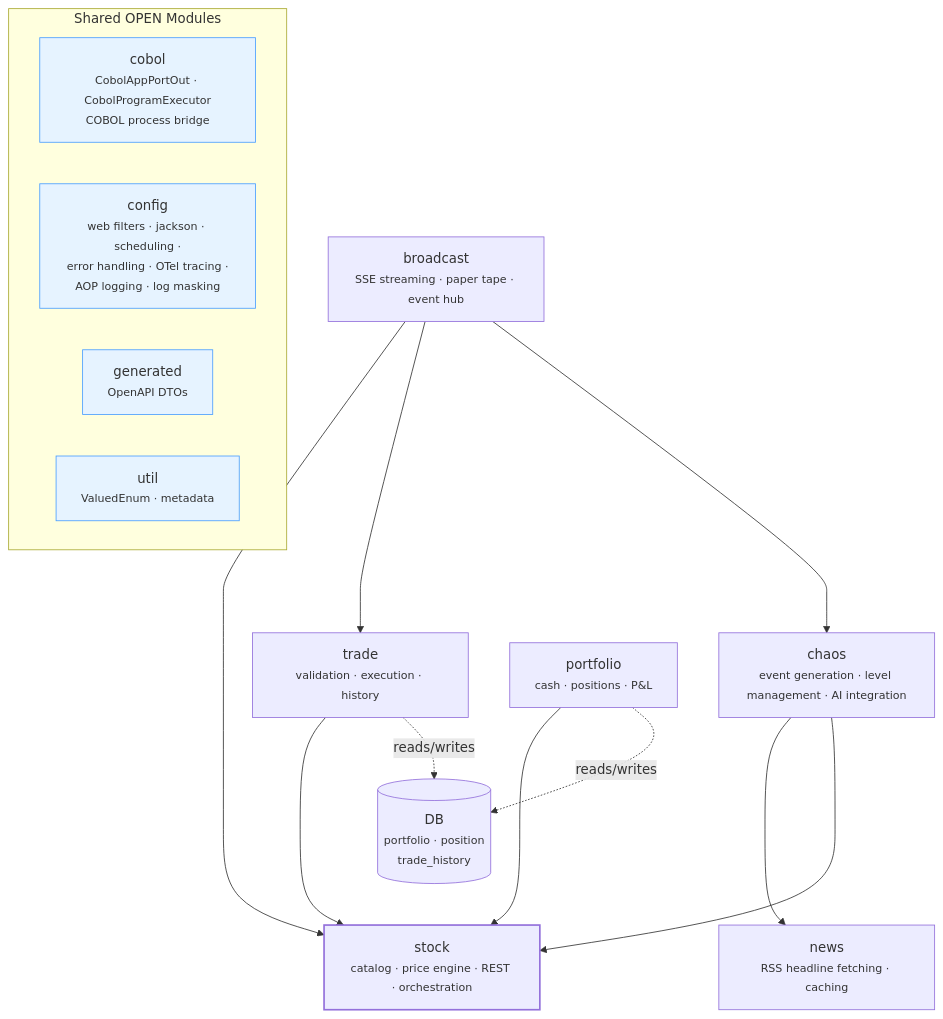
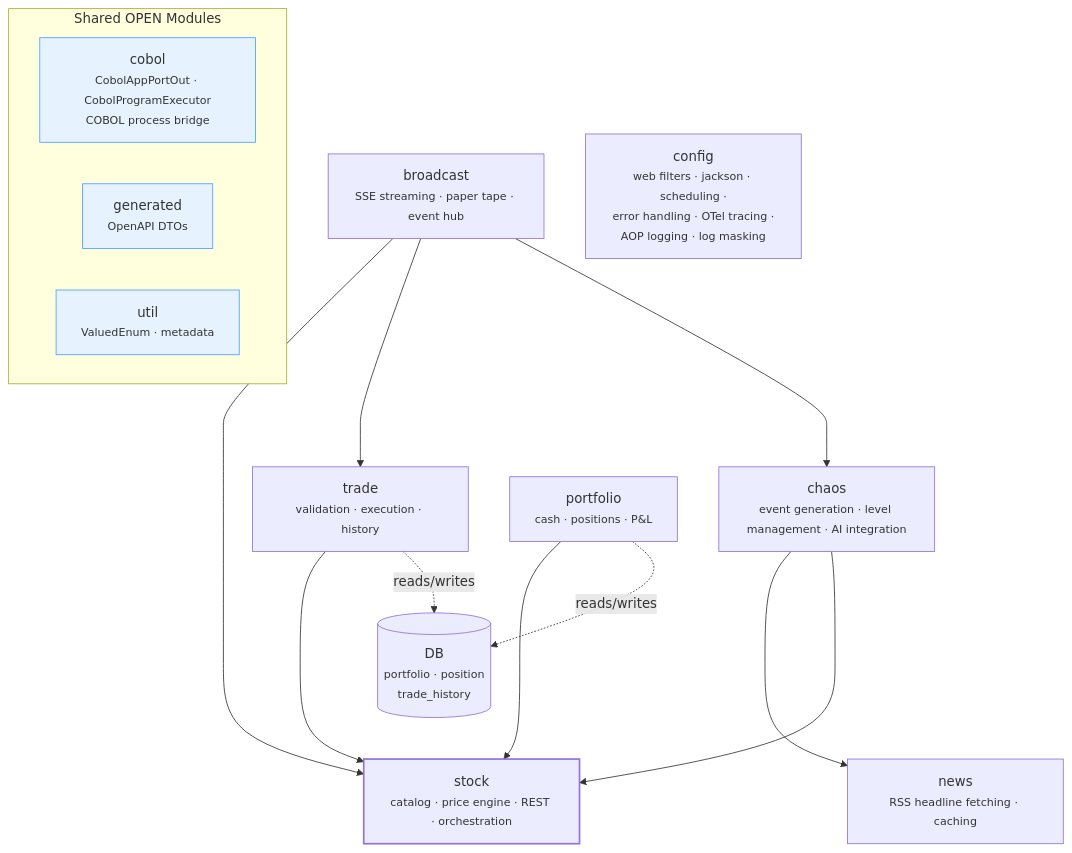
One commit to franBec/stonks-simulator changed the first of 22 diagrams in stonks_java/README.md. Above: the diagram before and after it, drawn with Mermaid. The commit also changed other lines of this file, not shown here.

First line of the commit message:
docs: sync E2E flow diagrams with chaos event API changes

````diff
--- a/stonks_java/README.md
+++ b/stonks_java/README.md
@@ -39,35 +39,35 @@
 ```mermaid
 graph TB
     broadcast["broadcast<br/><small>SSE streaming · paper tape · event hub</small>"]
     stock["stock<br/><small>catalog · price engine · REST · orchestration</small>"]
     trade["trade<br/><small>validation · execution · history</small>"]
     chaos["chaos<br/><small>event generation · level management · AI integration</small>"]
     news["news<br/><small>RSS headline fetching · caching</small>"]
     portfolio["portfolio<br/><small>cash · positions · P&L</small>"]
     db[("DB<br/><small>portfolio · position<br/>trade_history</small>")]
 
     subgraph OPEN ["Shared OPEN Modules"]
         cobol["cobol<br/><small>CobolAppPortOut · CobolProgramExecutor<br/>COBOL process bridge</small>"]
-        config["config<br/><small>web filters · jackson · scheduling ·<br/>error handling · OTel tracing ·<br/>AOP logging · log masking</small>"]
         generated["generated<br/><small>OpenAPI DTOs</small>"]
         util["util<br/><small>ValuedEnum · metadata</small>"]
     end
+
+    config["config<br/><small>web filters · jackson · scheduling ·<br/>error handling · OTel tracing ·<br/>AOP logging · log masking</small>"]
 
     broadcast ---> stock
     broadcast ---> trade
     broadcast ---> chaos
 
     trade ---> stock
     chaos ---> news
     chaos ---> stock
     portfolio ---> stock
 
     portfolio -.->|reads/writes| db
     trade -.->|reads/writes| db
 
     style stock stroke-width:2px
     style cobol fill:#e6f3ff,stroke:#4a9eff
-    style config fill:#e6f3ff,stroke:#4a9eff
     style generated fill:#e6f3ff,stroke:#4a9eff
     style util fill:#e6f3ff,stroke:#4a9eff
 ```
````
